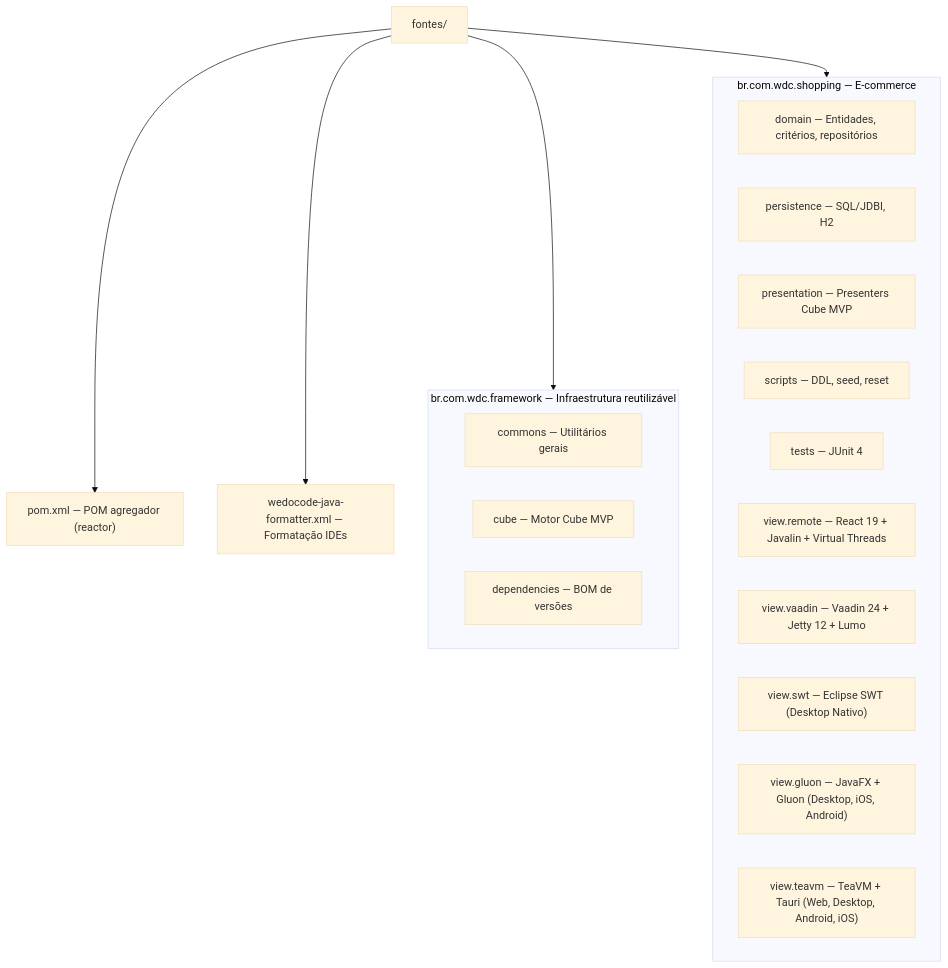
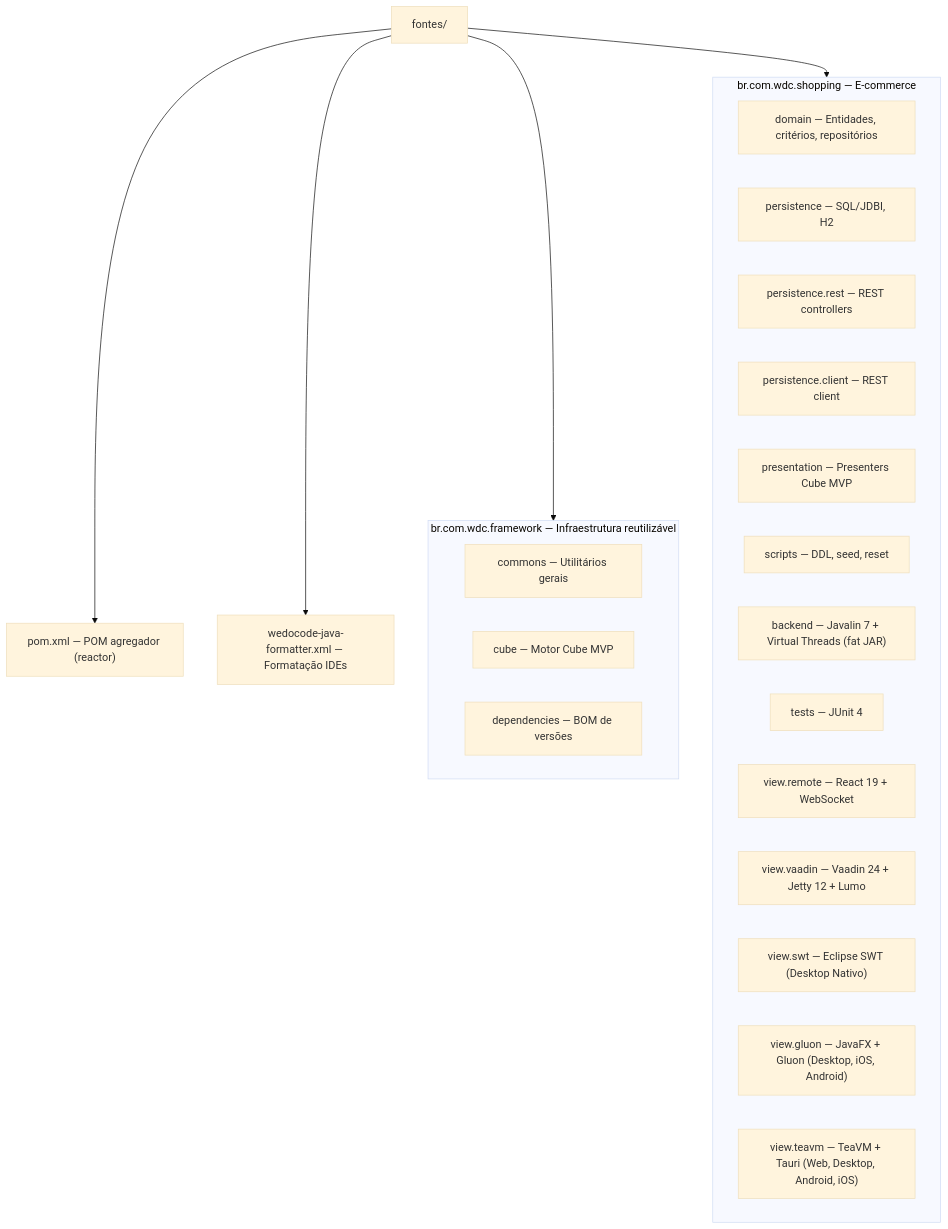
The diagram in fontes/README.md (mrcdom/wdc-cube-java-v2), drawn with Mermaid (base theme) before and after one commit. The commit also changed other lines of this file and 2 other files, not shown here.

Commit message:
📝 [DOCS] corrige inconsistências nos READMEs (nomes de módulos, paths, estrutura atual)

````diff
--- a/fontes/README.md
+++ b/fontes/README.md
@@ -9,30 +9,33 @@
 ```mermaid
 graph TD
     fontes["fontes/"]
     pom["pom.xml — POM agregador (reactor)"]
     formatter["wedocode-java-formatter.xml — Formatação IDEs"]
 
     subgraph Framework["br.com.wdc.framework — Infraestrutura reutilizável"]
         fwCommons["commons — Utilitários gerais"]
         fwCube["cube — Motor Cube MVP"]
         fwDeps["dependencies — BOM de versões"]
     end
 
     subgraph Shopping["br.com.wdc.shopping — E-commerce"]
         domain["domain — Entidades, critérios, repositórios"]
         persistence["persistence — SQL/JDBI, H2"]
+        persistRest["persistence.rest — REST controllers"]
+        persistClient["persistence.client — REST client"]
         presentation["presentation — Presenters Cube MVP"]
         scripts["scripts — DDL, seed, reset"]
+        backend["backend — Javalin 7 + Virtual Threads (fat JAR)"]
         tests["tests — JUnit 4"]
-        viewReact["view.remote — React 19 + Javalin + Virtual Threads"]
+        viewReact["view.remote — React 19 + WebSocket"]
         viewVaadin["view.vaadin — Vaadin 24 + Jetty 12 + Lumo"]
         viewSwt["view.swt — Eclipse SWT (Desktop Nativo)"]
         viewGluon["view.gluon — JavaFX + Gluon (Desktop, iOS, Android)"]
         viewTeavm["view.teavm — TeaVM + Tauri (Web, Desktop, Android, iOS)"]
     end
 
     fontes --> pom
     fontes --> formatter
     fontes --> Framework
     fontes --> Shopping
 ```
````
